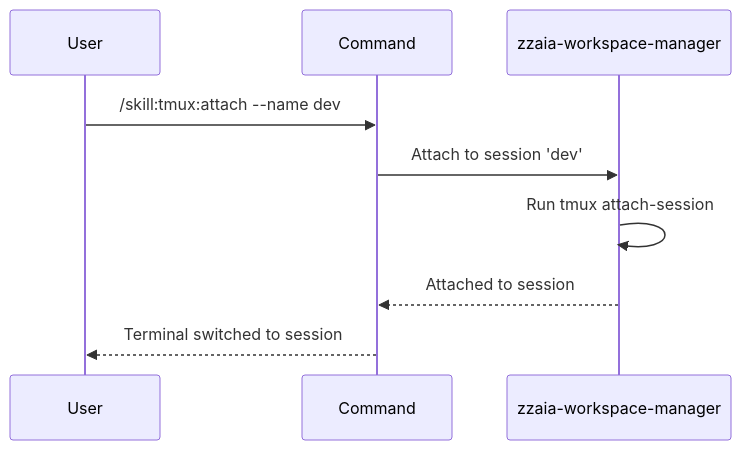
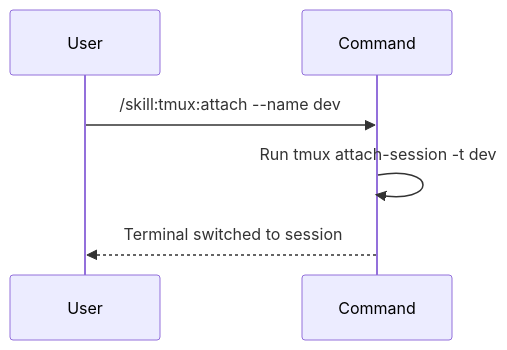
Before and after one commit to zzaia/zzaia-agentic-workspace: the diagram in .claude/commands/skill/tmux/attach/SKILL.md, drawn with Mermaid. The commit also changed 5 other files, not shown here.

````diff
--- a/.claude/commands/skill/tmux/attach/SKILL.md
+++ b/.claude/commands/skill/tmux/attach/SKILL.md
@@ -29,12 +29,9 @@
 ```mermaid
 sequenceDiagram
     participant U as User
     participant C as Command
-    participant WM as zzaia-workspace-manager
 
     U->>C: /skill:tmux:attach --name dev
-    C->>WM: Attach to session 'dev'
-    WM->>WM: Run tmux attach-session
-    WM-->>C: Attached to session
+    C->>C: Run tmux attach-session -t dev
     C-->>U: Terminal switched to session
 ```
````
